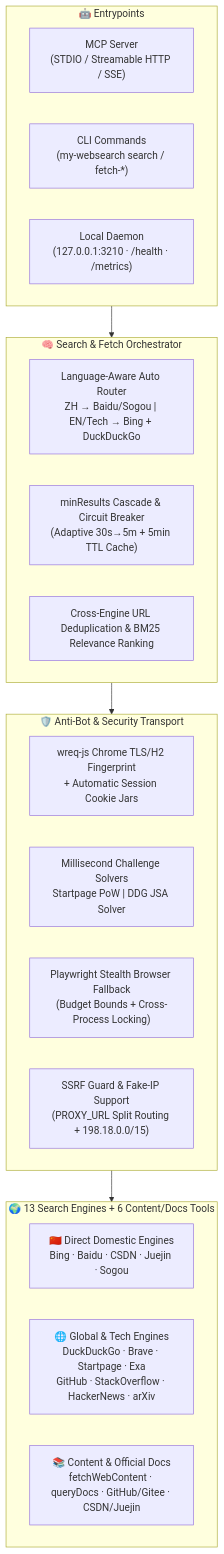
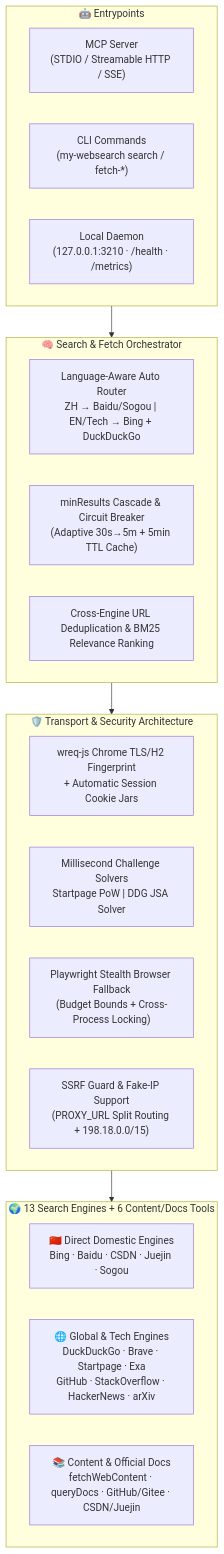
Before and after one commit to wtznicy/my-websearch: the diagram in README.md, drawn with Mermaid. The commit also changed other lines of this file and 1 other file, not shown here.

````diff
--- a/README.md
+++ b/README.md
@@ -47,31 +47,31 @@
 ```mermaid
 flowchart TB
     subgraph Clients["🤖 Entrypoints"]
         MCP["MCP Server<br/>(STDIO / Streamable HTTP / SSE)"]
         CLI["CLI Commands<br/>(my-websearch search / fetch-*)"]
         Daemon["Local Daemon<br/>(127.0.0.1:3210 · /health · /metrics)"]
     end
 
     subgraph Core["🧠 Search & Fetch Orchestrator"]
         Router["Language-Aware Auto Router<br/>ZH → Baidu/Sogou | EN/Tech → Bing + DuckDuckGo"]
         Cascade["minResults Cascade & Circuit Breaker<br/>(Adaptive 30s→5m + 5min TTL Cache)"]
         Ranker["Cross-Engine URL Deduplication & BM25 Relevance Ranking"]
     end
 
-    subgraph Transport["🛡️ Anti-Bot & Security Transport"]
+    subgraph Transport["🛡️ Transport & Security Architecture"]
         Wreq["wreq-js Chrome TLS/H2 Fingerprint<br/>+ Automatic Session Cookie Jars"]
         Solvers["Millisecond Challenge Solvers<br/>Startpage PoW | DDG JSA Solver"]
         PW["Playwright Stealth Browser Fallback<br/>(Budget Bounds + Cross-Process Locking)"]
         Guard["SSRF Guard & Fake-IP Support<br/>(PROXY_URL Split Routing + 198.18.0.0/15)"]
     end
 
     subgraph Engines["🌍 13 Search Engines + 6 Content/Docs Tools"]
         CN["🇨🇳 Direct Domestic Engines<br/>Bing · Baidu · CSDN · Juejin · Sogou"]
         INTL["🌐 Global & Tech Engines<br/>DuckDuckGo · Brave · Startpage · Exa<br/>GitHub · StackOverflow · HackerNews · arXiv"]
         Docs["📚 Content & Official Docs<br/>fetchWebContent · queryDocs · GitHub/Gitee · CSDN/Juejin"]
     end
 
     Clients --> Core
     Core --> Transport
     Transport --> Engines
 ```
````
